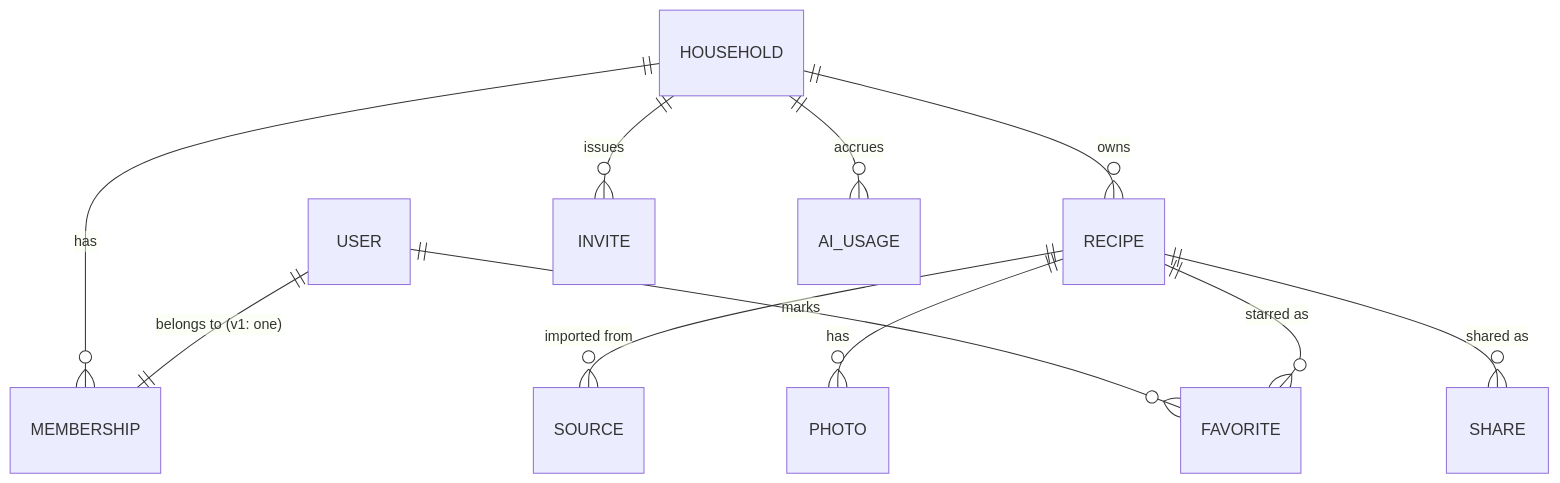
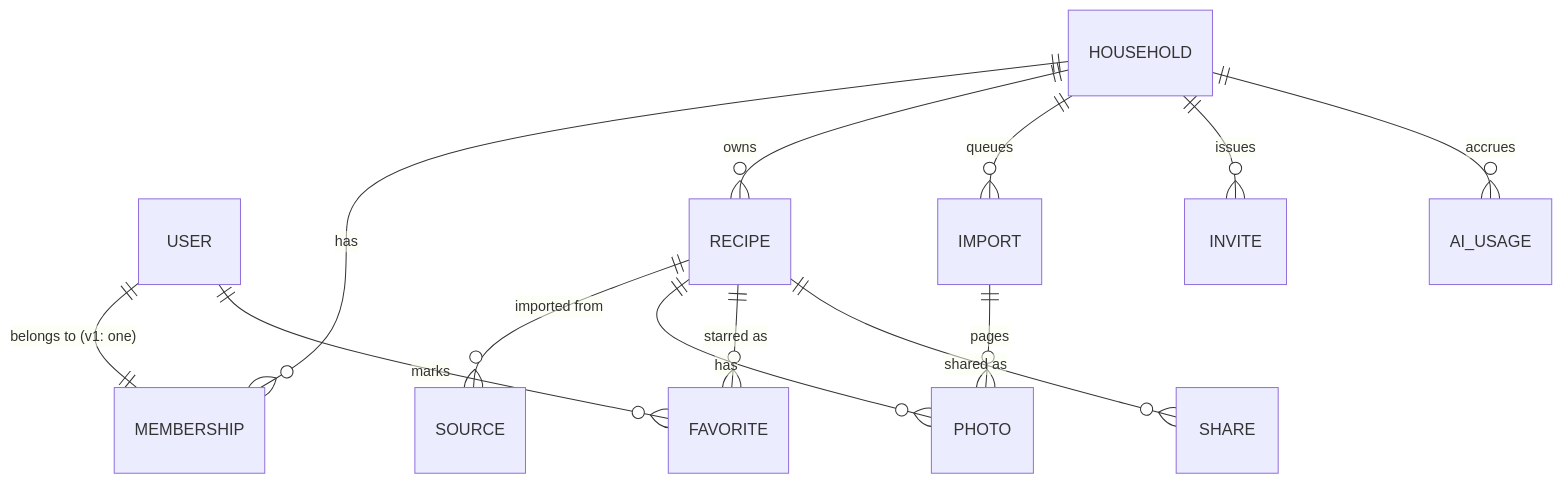
One commit to JHGelpi/recipe-app changed the seventh of 7 diagrams in ARCHITECTURE.md. Above: the diagram before and after it, drawn with Mermaid. The commit also changed other lines of this file and 6 other files, not shown here.

Commit message:
docs: ADR-0013 photo files on a volume; photo eval samples; ARCHITECTURE, SPEC, CLAUDE.md (FR-7, FR-12, FR-15, NFR-9)

````diff
--- a/ARCHITECTURE.md
+++ b/ARCHITECTURE.md
@@ -261,13 +264,15 @@
 ```mermaid
 erDiagram
   HOUSEHOLD ||--o{ MEMBERSHIP : has
   USER ||--|| MEMBERSHIP : "belongs to (v1: one)"
   HOUSEHOLD ||--o{ RECIPE : owns
   RECIPE ||--o{ SOURCE : "imported from"
   RECIPE ||--o{ PHOTO : has
+  IMPORT ||--o{ PHOTO : pages
+  HOUSEHOLD ||--o{ IMPORT : queues
   USER ||--o{ FAVORITE : marks
   RECIPE ||--o{ FAVORITE : "starred as"
   RECIPE ||--o{ SHARE : "shared as"
   HOUSEHOLD ||--o{ INVITE : issues
   HOUSEHOLD ||--o{ AI_USAGE : accrues
 ```
````
